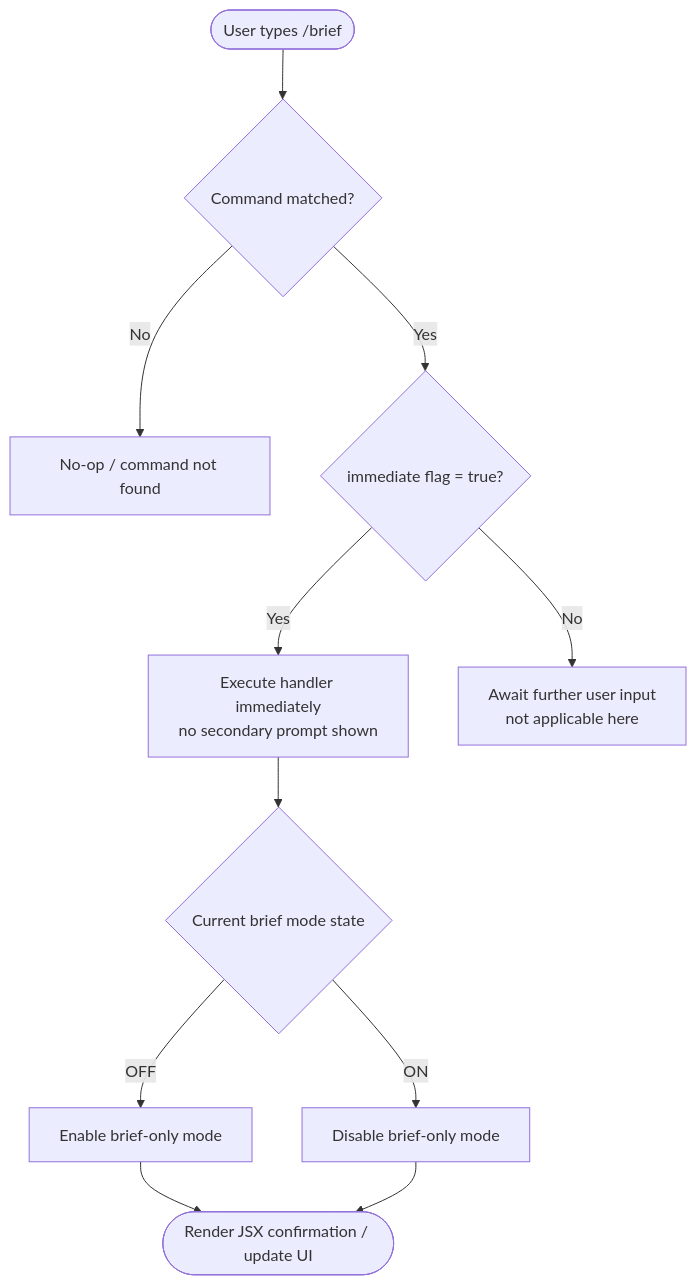
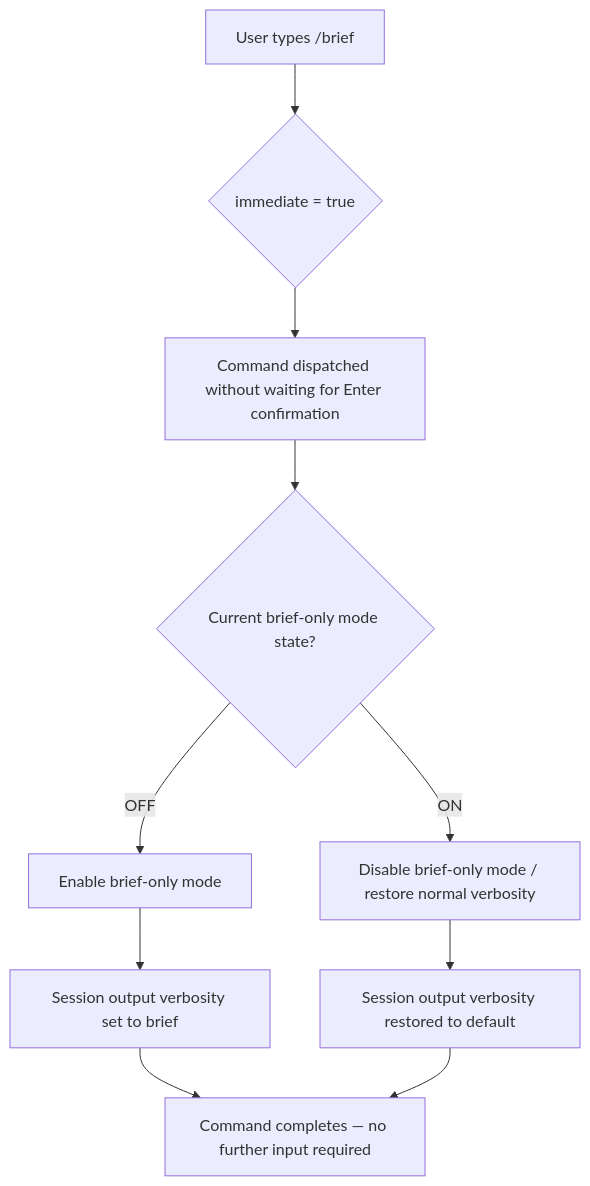
One commit to MyLittleLuckyDog/cc-gnothi changed the diagram in versions/v2.1.143/brief.md. Above: the diagram before and after it, drawn with Mermaid. The commit also changed other lines of this file and 87 other files, not shown here.

````diff
--- a/versions/v2.1.143/brief.md
+++ b/versions/v2.1.143/brief.md
@@ -48,13 +45,12 @@
 ```mermaid
 flowchart TD
-    A([User types /brief]) --> B{Command matched?}
-    B -- No --> C[No-op / command not found]
-    B -- Yes --> D{immediate flag = true?}
-    D -- Yes --> E[Execute handler immediately\nno secondary prompt shown]
-    D -- No --> F[Await further user input\nnot applicable here]
-    E --> G{Current brief mode state}
-    G -- OFF --> H[Enable brief-only mode]
-    G -- ON --> I[Disable brief-only mode]
-    H --> J([Render JSX confirmation / update UI])
-    I --> J
+    A[User types /brief] --> B{immediate = true}
+    B --> C[Command dispatched without waiting for Enter confirmation]
+    C --> D{Current brief-only mode state?}
+    D -- OFF --> E[Enable brief-only mode]
+    D -- ON --> F[Disable brief-only mode / restore normal verbosity]
+    E --> G[Session output verbosity set to brief]
+    F --> H[Session output verbosity restored to default]
+    G --> I[Command completes — no further input required]
+    H --> I
 ```
````
